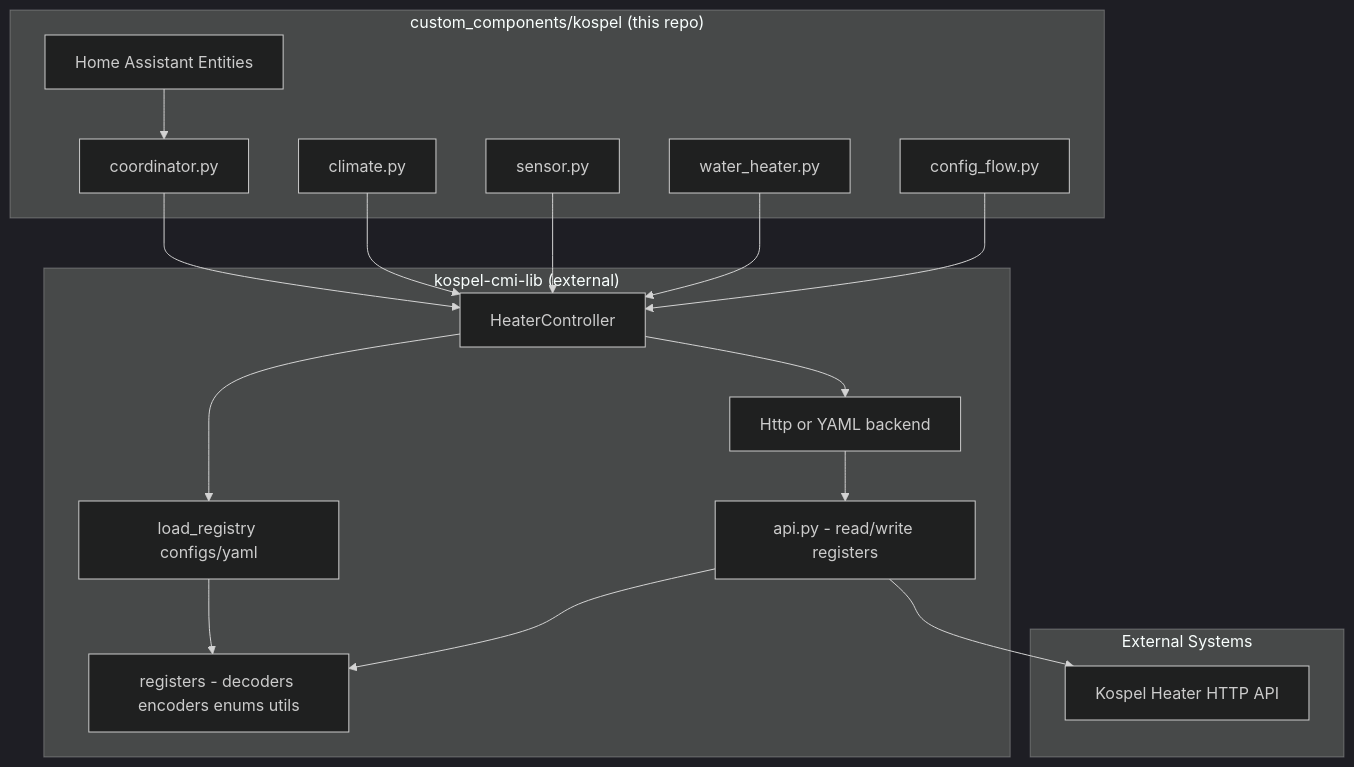
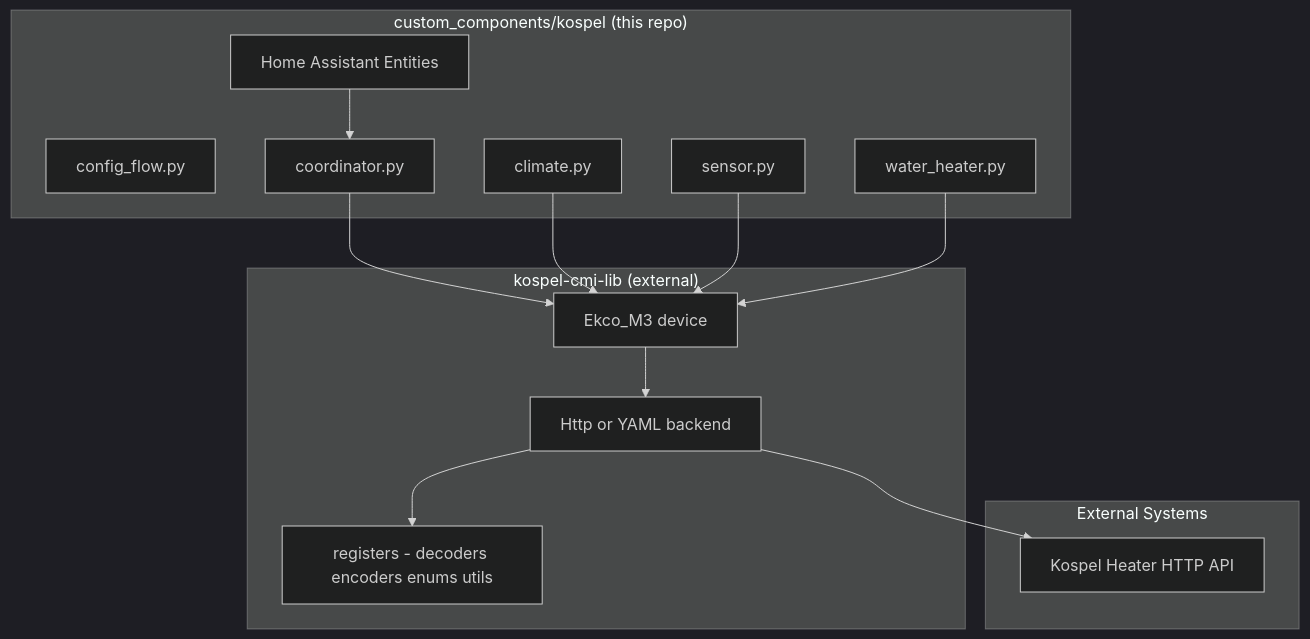
The diagram in docs/architecture.md (JanKrl/ha-kospel-cmi), drawn with Mermaid (dark theme) before and after one commit. The commit also changed 15 other files, not shown here.

````diff
--- a/docs/architecture.md
+++ b/docs/architecture.md
@@ -5,38 +5,31 @@
 ```mermaid
 graph TB
     subgraph Integration["custom_components/kospel (this repo)"]
         HA[Home Assistant Entities]
         ConfigFlow[config_flow.py]
         Coordinator[coordinator.py]
         SensorEntity[sensor.py]
         ClimateEntity[climate.py]
         WaterHeaterEntity[water_heater.py]
     end
 
     subgraph Library["kospel-cmi-lib (external)"]
-        HeaterController[HeaterController]
+        Ekco_M3[Ekco_M3 device]
         Backend[Http or YAML backend]
-        Registry[load_registry configs/yaml]
-        API[api.py - read/write registers]
         Registers[registers - decoders encoders enums utils]
     end
 
     subgraph External["External Systems"]
         HeaterAPI[Kospel Heater HTTP API]
     end
 
     HA --> Coordinator
-    Coordinator --> HeaterController
-    ClimateEntity --> HeaterController
-    SensorEntity --> HeaterController
-    WaterHeaterEntity --> HeaterController
-    ConfigFlow --> HeaterController
+    Coordinator --> Ekco_M3
+    ClimateEntity --> Ekco_M3
+    SensorEntity --> Ekco_M3
+    WaterHeaterEntity --> Ekco_M3
 
-    HeaterController --> Backend
-    HeaterController --> Registry
-    Backend --> API
-    Registry --> Registers
-    API --> Registers
-
-    API --> HeaterAPI
+    Ekco_M3 --> Backend
+    Backend --> Registers
+    Backend --> HeaterAPI
 ```
````
